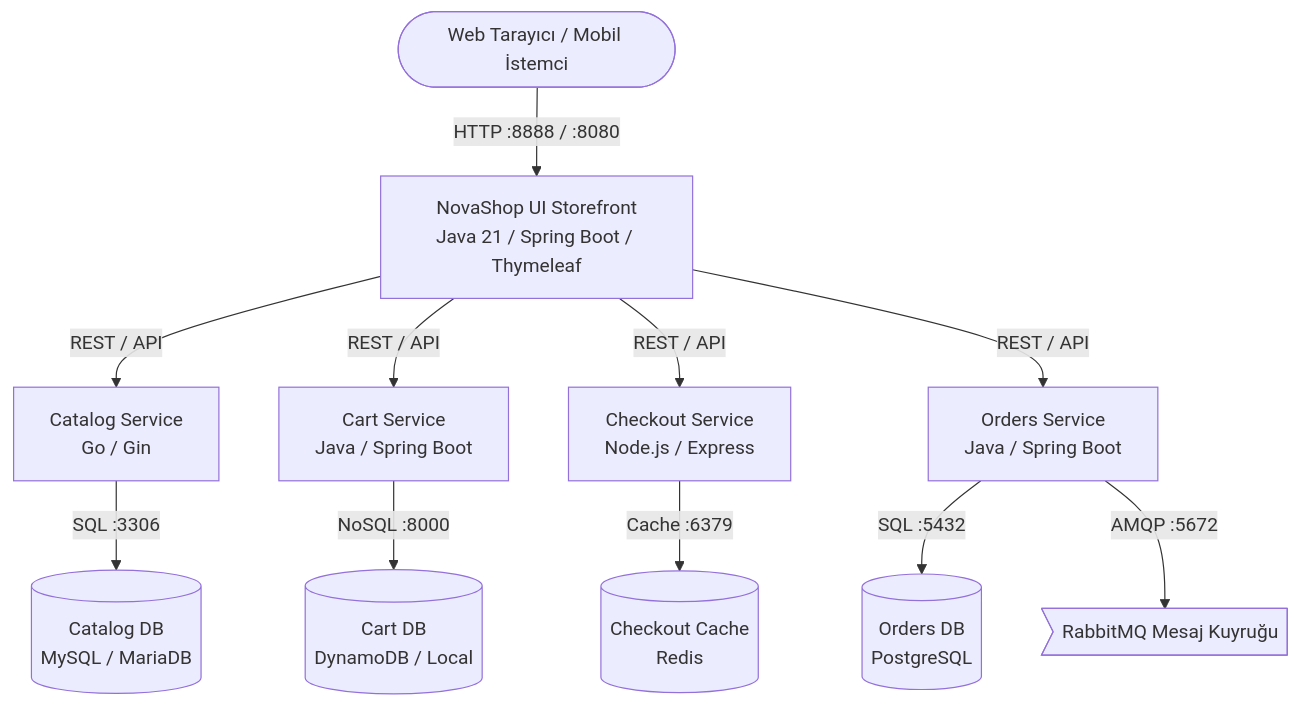
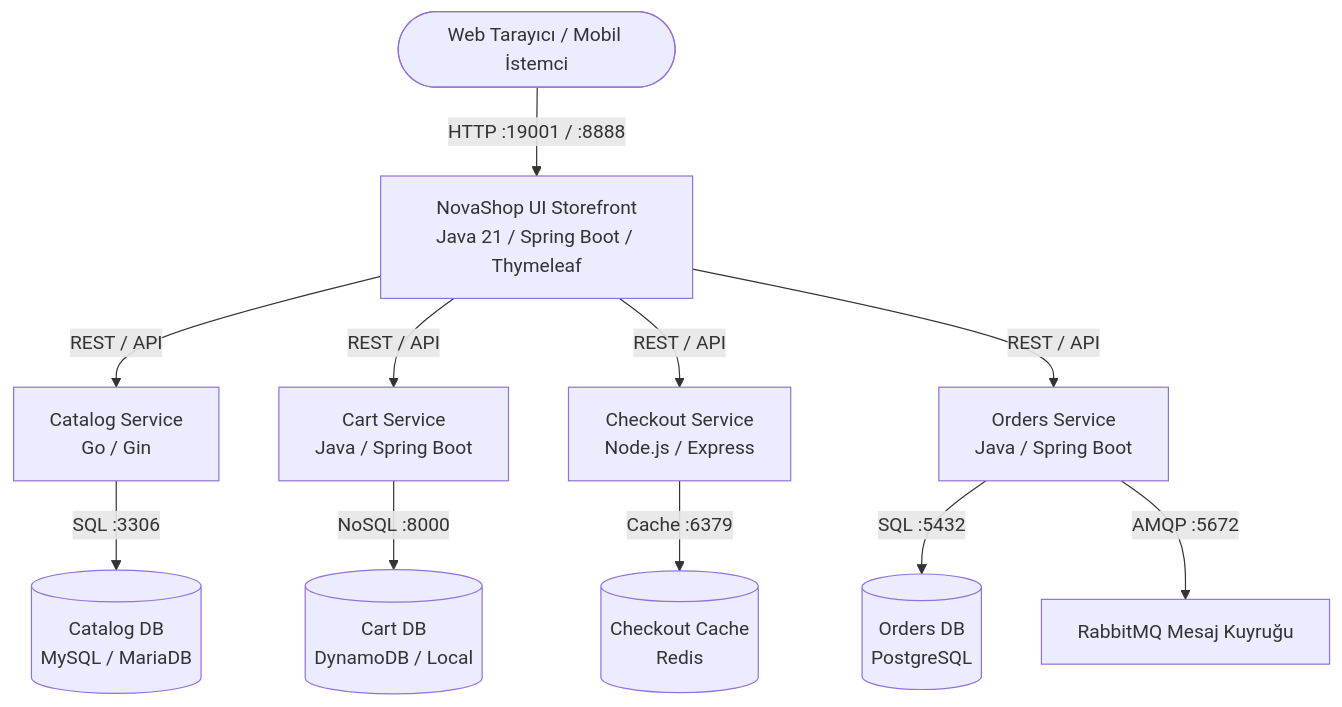
The diagram in README.md (devopsatolyesi-labs/novashop), drawn with Mermaid before and after one commit. The commit also changed other lines of this file and 21 other files, not shown here.

````diff
--- a/README.md
+++ b/README.md
@@ -19,15 +19,15 @@
 ```mermaid
 graph TD
-    Client([Web Tarayıcı / Mobil İstemci]) -->|HTTP :8888 / :8080| UI[NovaShop UI Storefront<br/>Java 21 / Spring Boot / Thymeleaf]
+    Client([Web Tarayıcı / Mobil İstemci]) -->|HTTP :19001 / :8888| UI[NovaShop UI Storefront<br/>Java 21 / Spring Boot / Thymeleaf]
     
     UI -->|REST / API| Catalog[Catalog Service<br/>Go / Gin]
     UI -->|REST / API| Cart[Cart Service<br/>Java / Spring Boot]
     UI -->|REST / API| Checkout[Checkout Service<br/>Node.js / Express]
     UI -->|REST / API| Orders[Orders Service<br/>Java / Spring Boot]
     
     Catalog -->|SQL :3306| CatDB[(Catalog DB<br/>MySQL / MariaDB)]
     Cart -->|NoSQL :8000| CartDB[(Cart DB<br/>DynamoDB / Local)]
     Orders -->|SQL :5432| OrdersDB[(Orders DB<br/>PostgreSQL)]
-    Orders -->|AMQP :5672| RabbitMQ>RabbitMQ Mesaj Kuyruğu]
+    Orders -->|AMQP :5672| RabbitMQ[RabbitMQ Mesaj Kuyruğu]
     Checkout -->|Cache :6379| Redis[(Checkout Cache<br/>Redis)]
 ```
````
